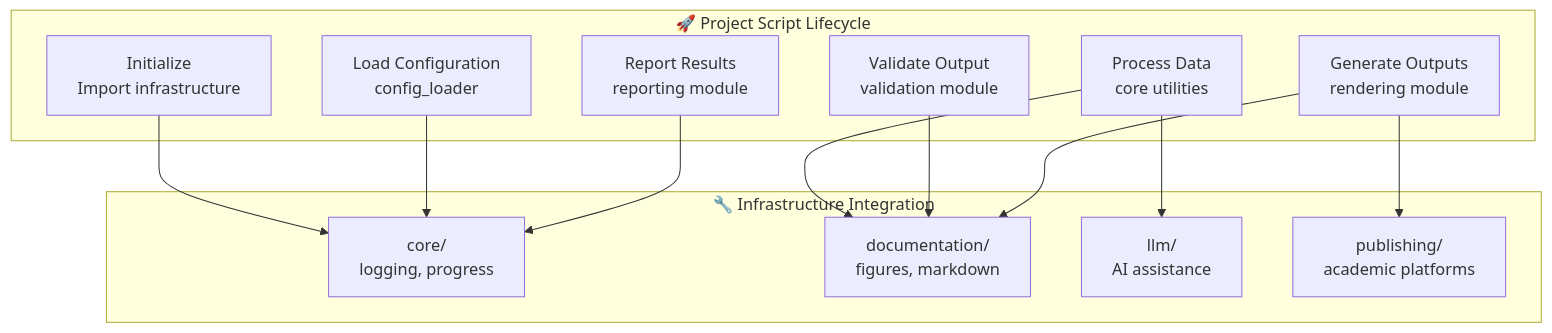
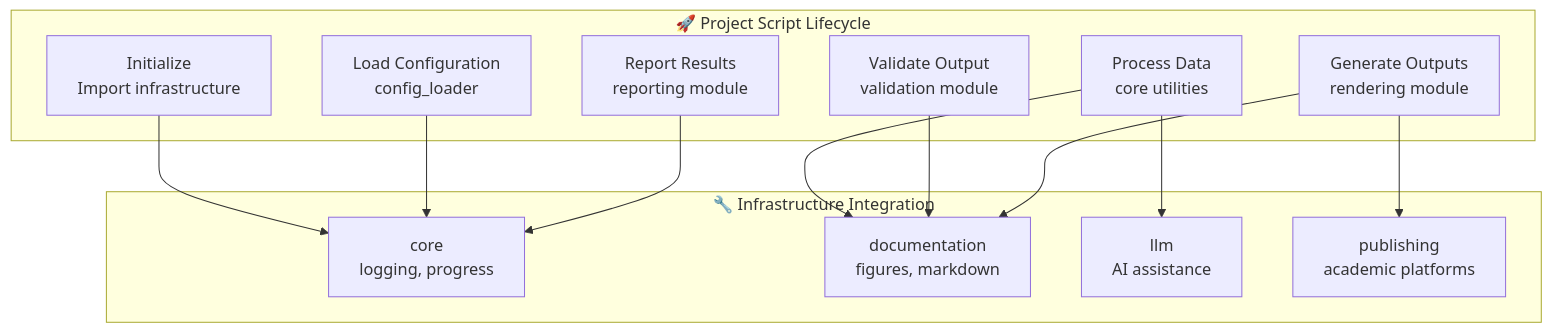
Before and after one commit to docxology/template: the fifth of 6 diagrams in infrastructure/README.md, drawn with Mermaid. The commit also changed other lines of this file and 164 other files, not shown here.

````diff
--- a/infrastructure/README.md
+++ b/infrastructure/README.md
@@ -288,31 +287,31 @@
 ```mermaid
 flowchart TD
     subgraph "🚀 Project Script Lifecycle"
         INIT[Initialize<br/>Import infrastructure]
         CONFIG[Load Configuration<br/>config_loader]
         PROCESS[Process Data<br/>core utilities]
         VALIDATE[Validate Output<br/>validation module]
         RENDER[Generate Outputs<br/>rendering module]
         REPORT[Report Results<br/>reporting module]
     end
 
     subgraph "🔧 Infrastructure Integration"
-        CORE[core/<br/>logging, progress]
-        DOC[documentation/<br/>figures, markdown]
-        LLM[llm/<br/>AI assistance]
-        PUBLISH[publishing/<br/>academic platforms]
+        CORE[core<br/>logging, progress]
+        DOC[documentation<br/>figures, markdown]
+        LLM[llm<br/>AI assistance]
+        PUBLISH[publishing<br/>academic platforms]
     end
 
     INIT --> CORE
     CONFIG --> CORE
     PROCESS --> DOC
     VALIDATE --> DOC
     RENDER --> DOC
     REPORT --> CORE
 
     PROCESS --> LLM
     RENDER --> PUBLISH
 
     class INIT,CONFIG,PROCESS,VALIDATE,RENDER,REPORT script
     class CORE,DOC,LLM,PUBLISH infra
 ```
````
